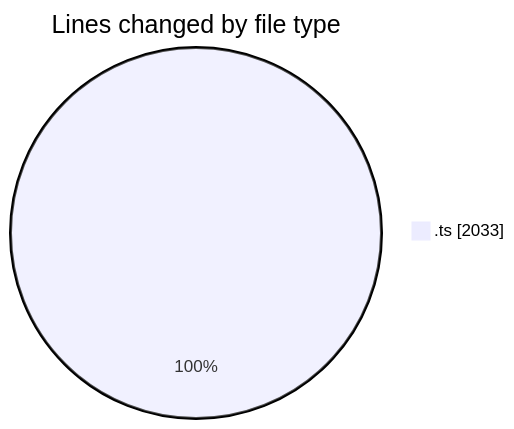
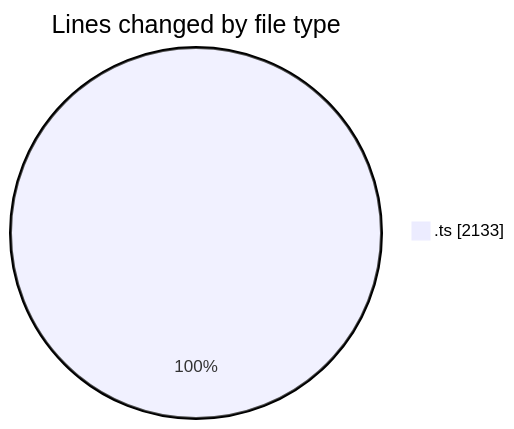
One commit to momahboobian/code-tracking changed the first of 2 diagrams in 2025-10-23/cda/README.md. Above: the diagram before and after it, drawn with Mermaid. The commit also changed other lines of this file and 1 other file, not shown here.

````diff
--- a/2025-10-23/cda/README.md
+++ b/2025-10-23/cda/README.md
@@ -23,5 +23,5 @@
 ```mermaid
 pie showData
 title Lines changed by file type
-".ts" : 2033
+".ts" : 2133
 ```
````
